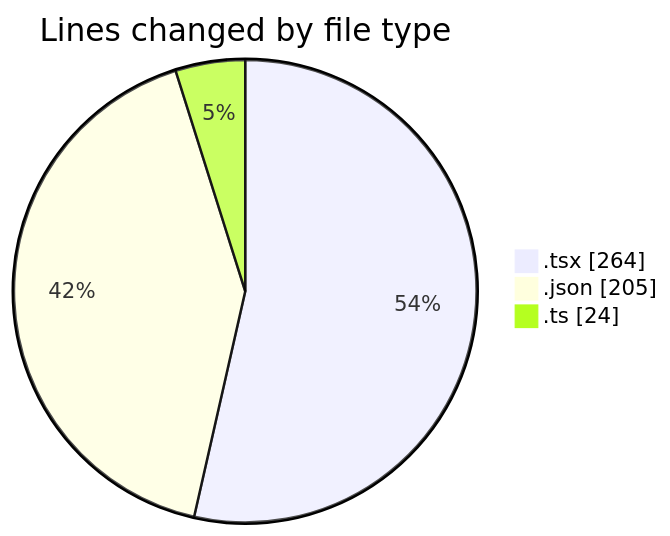
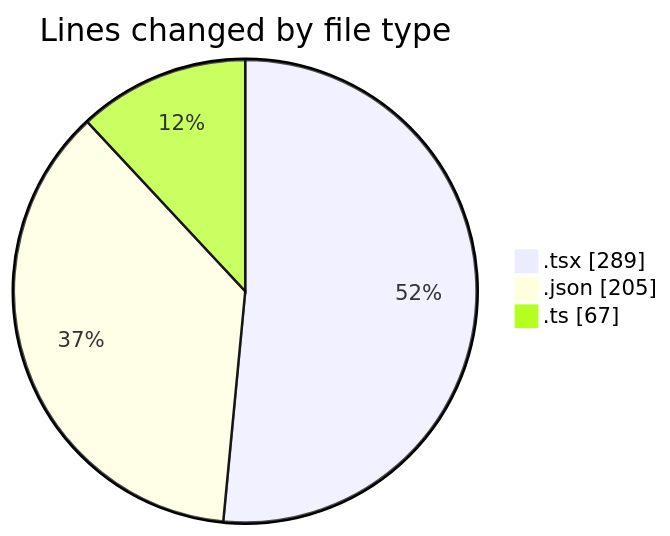
One commit to Elitesun/code-tracking changed the first of 2 diagrams in 2025-04-30/niten/README.md. Above: the diagram before and after it, drawn with Mermaid. The commit also changed other lines of this file and 1 other file, not shown here.

````diff
--- a/2025-04-30/niten/README.md
+++ b/2025-04-30/niten/README.md
@@ -22,7 +27,7 @@
 ```mermaid
 pie showData
 title Lines changed by file type
-".tsx" : 264
+".tsx" : 289
 ".json" : 205
-".ts" : 24
+".ts" : 67
 ```
````
